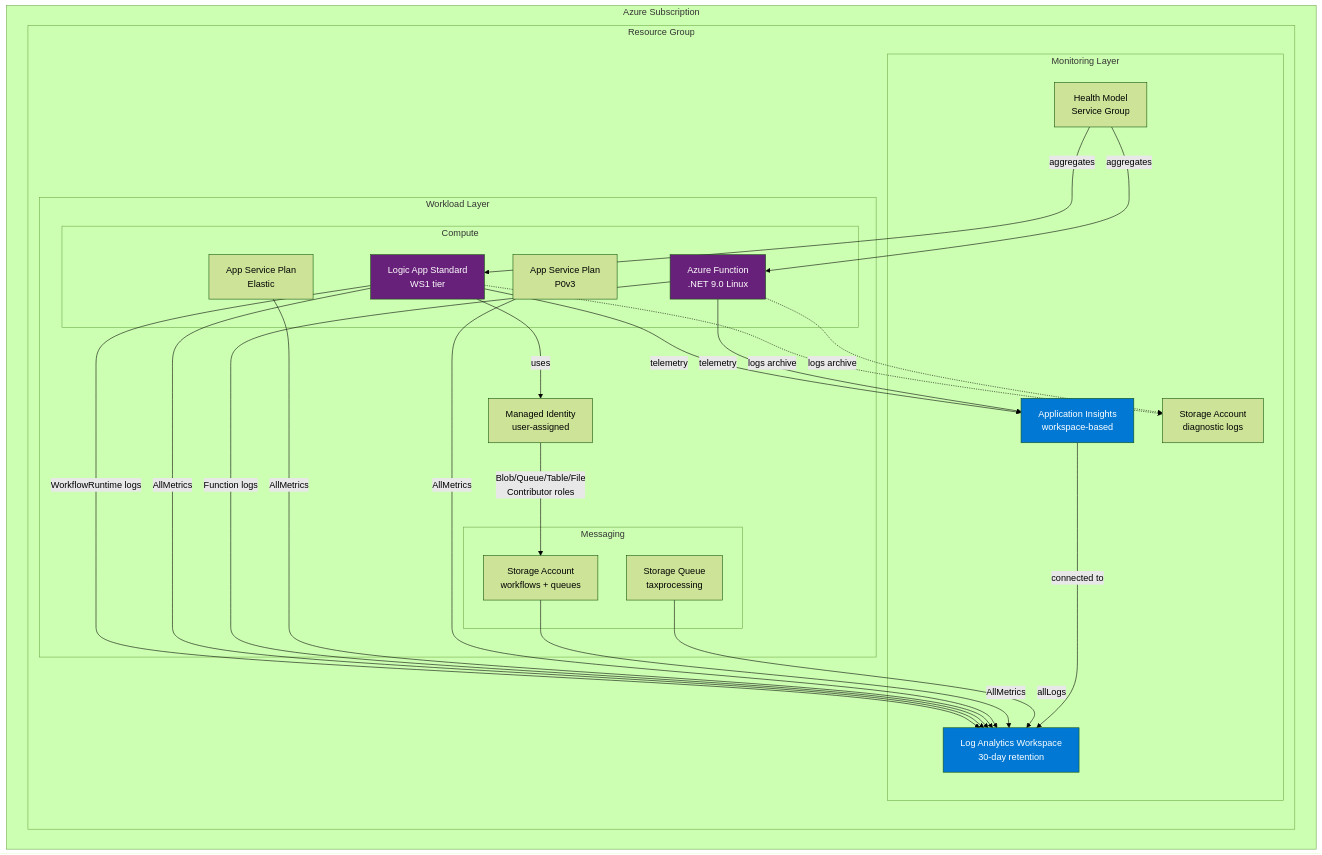
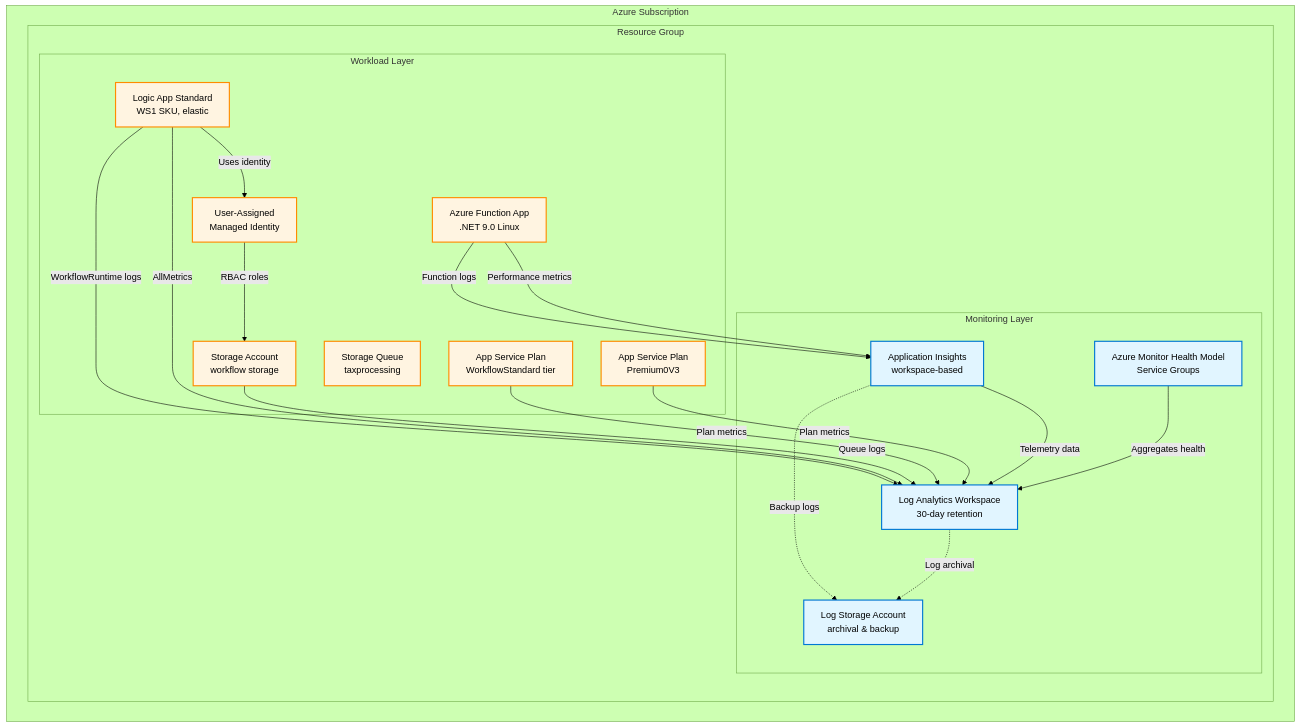
Before and after one commit to Evilazaro/Azure-LogicApps-Monitoring: the first of 2 diagrams in README.md, drawn with Mermaid (forest theme). The commit also changed other lines of this file, not shown here.

Commit message:
Implement code changes to enhance functionality and improve performance

````diff
--- a/README.md
+++ b/README.md
@@ -101,60 +89,49 @@
 ```mermaid
 graph TB
     subgraph "Azure Subscription"
         subgraph "Resource Group"
             subgraph "Monitoring Layer"
                 LAW[Log Analytics Workspace<br/>30-day retention]
                 AI[Application Insights<br/>workspace-based]
-                LogStore[Storage Account<br/>diagnostic logs]
-                HM[Health Model<br/>Service Group]
+                LS[Log Storage Account<br/>archival & backup]
+                HM[Azure Monitor Health Model<br/>Service Groups]
             end
             
             subgraph "Workload Layer"
-                subgraph "Compute"
-                    LA[Logic App Standard<br/>WS1 tier]
-                    FUNC[Azure Function<br/>.NET 9.0 Linux]
-                    ASP1[App Service Plan<br/>Elastic]
-                    ASP2[App Service Plan<br/>P0v3]
-                end
+                LA[Logic App Standard<br/>WS1 SKU, elastic]
+                ASP1[App Service Plan<br/>WorkflowStandard tier]
+                MI[User-Assigned<br/>Managed Identity]
                 
-                subgraph "Messaging"
-                    WStore[Storage Account<br/>workflows + queues]
-                    Queue[Storage Queue<br/>taxprocessing]
-                end
+                FA[Azure Function App<br/>.NET 9.0 Linux]
+                ASP2[App Service Plan<br/>Premium0V3]
                 
-                MI[Managed Identity<br/>user-assigned]
+                SA[Storage Account<br/>workflow storage]
+                Q[Storage Queue<br/>taxprocessing]
             end
         end
     end
     
-    %% Diagnostic Settings Flow
+    %% Data flow arrows
     LA -->|WorkflowRuntime logs| LAW
     LA -->|AllMetrics| LAW
-    FUNC -->|Function logs| LAW
-    ASP1 -->|AllMetrics| LAW
-    ASP2 -->|AllMetrics| LAW
-    WStore -->|AllMetrics| LAW
-    Queue -->|allLogs| LAW
+    FA -->|Function logs| AI
+    FA -->|Performance metrics| AI
+    SA -->|Queue logs| LAW
+    ASP1 -->|Plan metrics| LAW
+    ASP2 -->|Plan metrics| LAW
     
-    %% Application Insights Integration
-    LA -->|telemetry| AI
-    FUNC -->|telemetry| AI
-    AI -->|connected to| LAW
+    AI -->|Telemetry data| LAW
+    AI -.->|Backup logs| LS
+    LAW -.->|Log archival| LS
     
-    %% Storage for Compliance
-    LA -.->|logs archive| LogStore
-    FUNC -.->|logs archive| LogStore
+    MI -->|RBAC roles| SA
+    LA -->|Uses identity| MI
     
-    %% Managed Identity RBAC
-    MI -->|Blob/Queue/Table/File<br/>Contributor roles| WStore
-    LA -->|uses| MI
+    HM -->|Aggregates health| LAW
     
-    %% Health Model
-    HM -->|aggregates| LA
-    HM -->|aggregates| FUNC
+    classDef monitoring fill:#e1f5ff,stroke:#0078d4,stroke-width:2px
+    classDef workload fill:#fff4e1,stroke:#ff8c00,stroke-width:2px
     
-    style LAW fill:#0078D4,color:#fff
-    style AI fill:#0078D4,color:#fff
-    style LA fill:#68217A,color:#fff
-    style FUNC fill:#68217A,color:#fff
+    class LAW,AI,LS,HM monitoring
+    class LA,FA,SA,Q,ASP1,ASP2,MI workload
 ```
````
